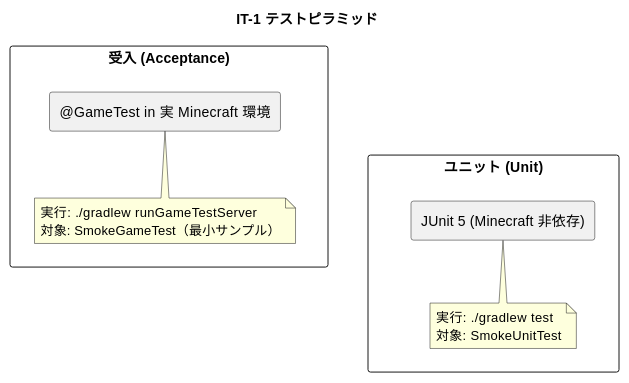
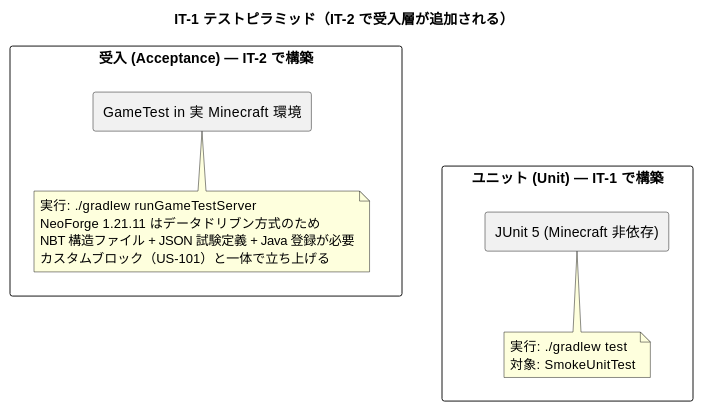
The third of 4 diagrams in docs/development/iteration_plan-1.md (k2works/ai-programing-exercise), drawn with PlantUML before and after one commit. The commit also changed other lines of this file and 3 other files, not shown here.

Commit message:
docs(development): NeoForge 1.21.11 GameTest API 刷新を踏まえ US-002 を IT-1 から IT-2 へ移送

````diff
--- a/docs/development/iteration_plan-1.md
+++ b/docs/development/iteration_plan-1.md
@@ -244,22 +219,24 @@
 ```plantuml
 @startuml
-title IT-1 テストピラミッド
+title IT-1 テストピラミッド（IT-2 で受入層が追加される）
 
-rectangle "受入 (Acceptance)" as A {
-  rectangle "@GameTest in 実 Minecraft 環境" as A1
+rectangle "受入 (Acceptance) — IT-2 で構築" as A {
+  rectangle "GameTest in 実 Minecraft 環境" as A1
   note bottom of A1
     実行: ./gradlew runGameTestServer
-    対象: SmokeGameTest（最小サンプル）
+    NeoForge 1.21.11 はデータドリブン方式のため
+    NBT 構造ファイル + JSON 試験定義 + Java 登録が必要
+    カスタムブロック（US-101）と一体で立ち上げる
   end note
 }
-rectangle "ユニット (Unit)" as B {
+rectangle "ユニット (Unit) — IT-1 で構築" as B {
   rectangle "JUnit 5 (Minecraft 非依存)" as B1
   note bottom of B1
     実行: ./gradlew test
     対象: SmokeUnitTest
   end note
 }
 
 A -[hidden]down- B
 @enduml
 ```
````
